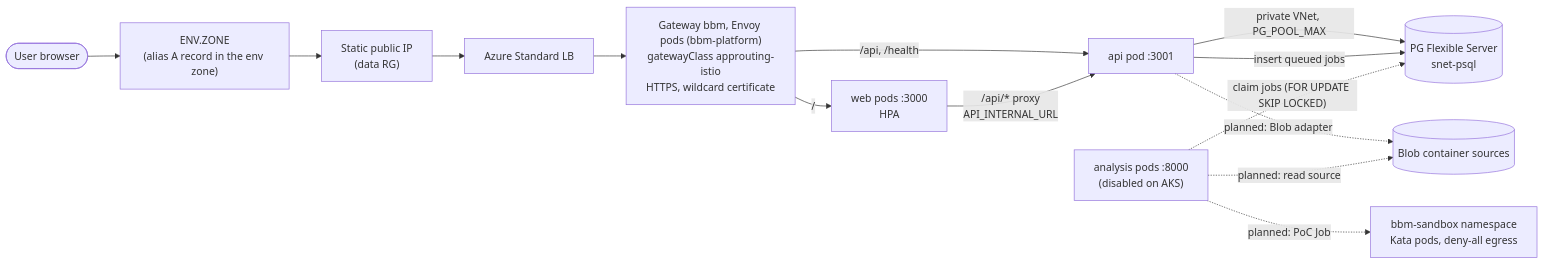
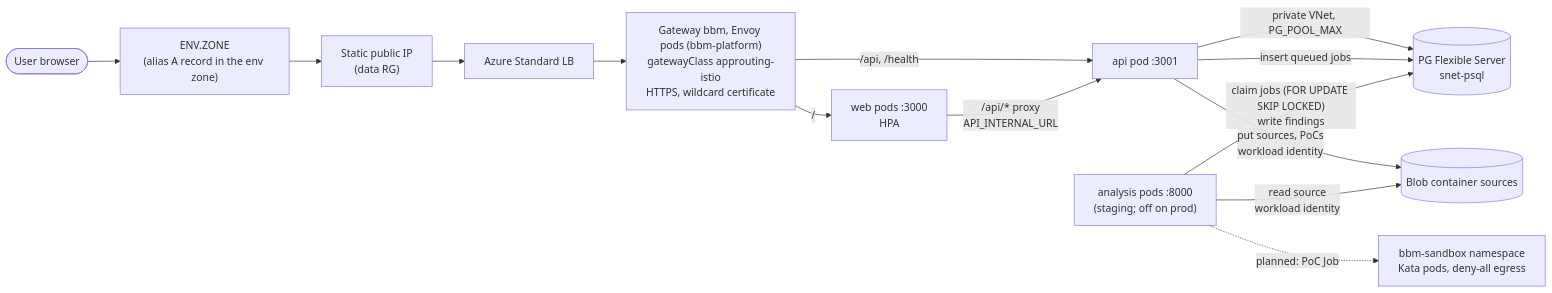
One commit to cse416-fa26-sixseven/bug-bounty-marketplace changed the second of 4 diagrams in docs/devops/architecture.md. Above: the diagram before and after it, drawn with Mermaid. The commit also changed other lines of this file and 3 other files, not shown here.

Commit message:
docs: Blob source storage and the analysis worker on staging

````diff
--- a/docs/devops/architecture.md
+++ b/docs/devops/architecture.md
@@ -154,16 +154,16 @@
 ```mermaid
 flowchart LR
     U(["User browser"]) --> DNS["ENV.ZONE<br/>(alias A record in the env zone)"]
     DNS --> PIP["Static public IP<br/>(data RG)"]
     PIP --> LB["Azure Standard LB"]
     LB --> NGX["Gateway bbm, Envoy pods (bbm-platform)<br/>gatewayClass approuting-istio<br/>HTTPS, wildcard certificate"]
     NGX -- "/" --> WEB["web pods :3000<br/>HPA"]
     NGX -- "/api, /health" --> API["api pod :3001"]
     WEB -- "/api/* proxy<br/>API_INTERNAL_URL" --> API
     API -- "private VNet, PG_POOL_MAX" --> PG[("PG Flexible Server<br/>snet-psql")]
-    API -. "planned: Blob adapter" .-> BLOB[("Blob container sources")]
+    API -- "put sources, PoCs<br/>workload identity" --> BLOB[("Blob container sources")]
     API -- "insert queued jobs" --> PG
-    AN["analysis pods :8000<br/>(disabled on AKS)"] -. "claim jobs (FOR UPDATE SKIP LOCKED)" .-> PG
-    AN -. "planned: read source" .-> BLOB
+    AN["analysis pods :8000<br/>(staging; off on prod)"] -- "claim jobs (FOR UPDATE SKIP LOCKED)<br/>write findings" --> PG
+    AN -- "read source<br/>workload identity" --> BLOB
     AN -. "planned: PoC Job" .-> SBX["bbm-sandbox namespace<br/>Kata pods, deny-all egress"]
 ```
````
